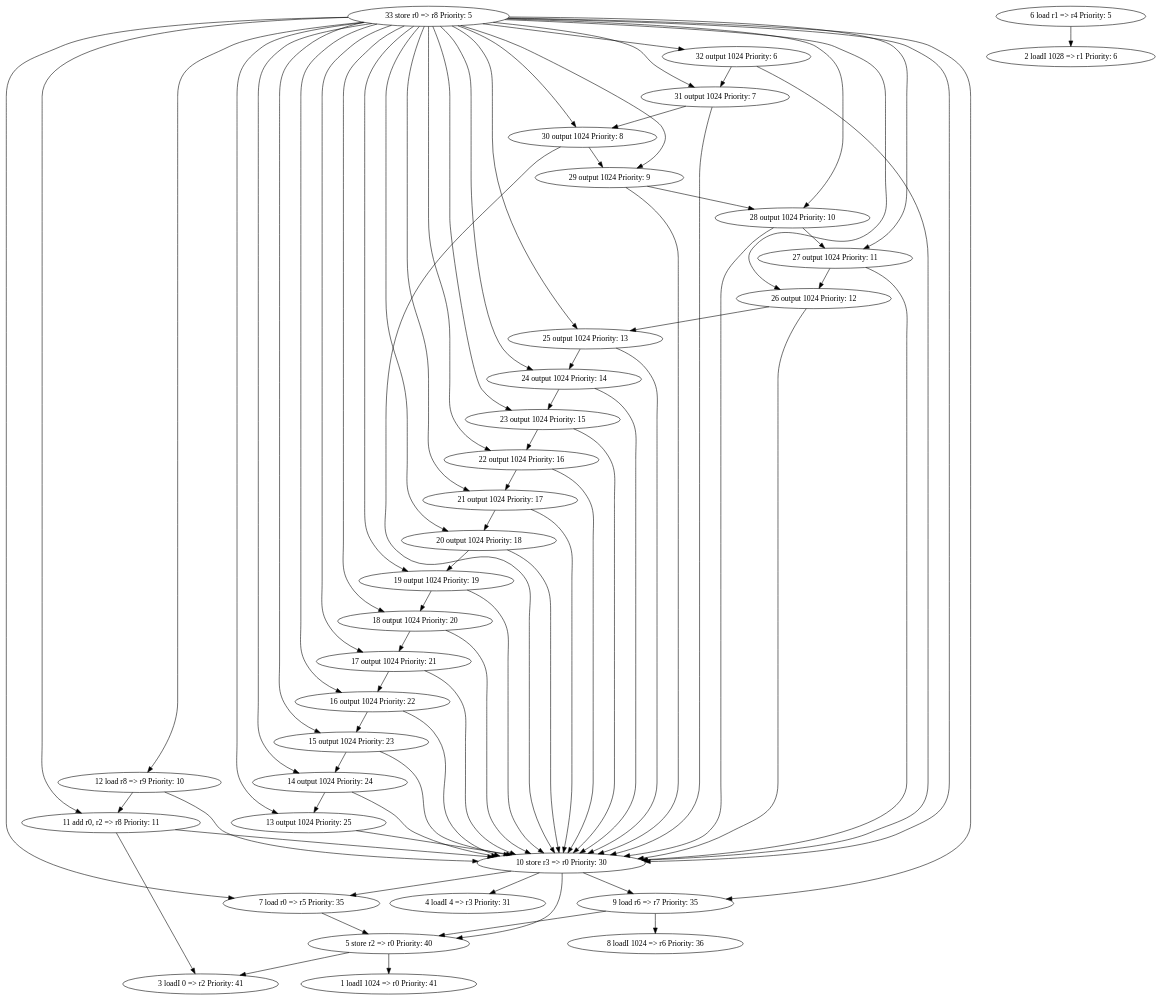
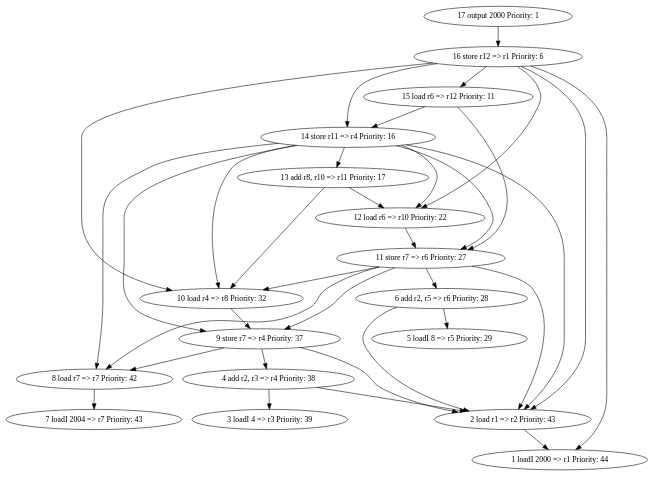
One commit to martinzc/instruction-scheduling changed the diagram in src/graph.dot. Above: the diagram before and after it, drawn with Graphviz. The commit also changed 3 other files, not shown here.

```diff
--- a/src/graph.dot
+++ b/src/graph.dot
@@ -1,113 +1,53 @@
 digraph g {
-    31 [label="31 output 1024 Priority: 7"];
-    32 [label="32 output 1024 Priority: 6"];
-    33 [label="33 store r0 => r8 Priority: 5"];
-    3 [label="3 loadI 0 => r2 Priority: 41"];
-    4 [label="4 loadI 4 => r3 Priority: 31"];
-    5 [label="5 store r2 => r0 Priority: 40"];
-    6 [label="6 load r1 => r4 Priority: 5"];
-    7 [label="7 load r0 => r5 Priority: 35"];
-    2 [label="2 loadI 1028 => r1 Priority: 6"];
-    9 [label="9 load r6 => r7 Priority: 35"];
-    10 [label="10 store r3 => r0 Priority: 30"];
-    1 [label="1 loadI 1024 => r0 Priority: 41"];
-    11 [label="11 add r0, r2 => r8 Priority: 11"];
-    12 [label="12 load r8 => r9 Priority: 10"];
-    13 [label="13 output 1024 Priority: 25"];
-    14 [label="14 output 1024 Priority: 24"];
-    15 [label="15 output 1024 Priority: 23"];
-    16 [label="16 output 1024 Priority: 22"];
-    17 [label="17 output 1024 Priority: 21"];
-    18 [label="18 output 1024 Priority: 20"];
-    19 [label="19 output 1024 Priority: 19"];
-    20 [label="20 output 1024 Priority: 18"];
-    21 [label="21 output 1024 Priority: 17"];
-    22 [label="22 output 1024 Priority: 16"];
-    8 [label="8 loadI 1024 => r6 Priority: 36"];
-    23 [label="23 output 1024 Priority: 15"];
-    24 [label="24 output 1024 Priority: 14"];
-    25 [label="25 output 1024 Priority: 13"];
-    26 [label="26 output 1024 Priority: 12"];
-    27 [label="27 output 1024 Priority: 11"];
-    28 [label="28 output 1024 Priority: 10"];
-    29 [label="29 output 1024 Priority: 9"];
-    30 [label="30 output 1024 Priority: 8"];
-    31->10;
-    31->30;
-    32->31;
-    32->10;
-    33->31;
-    33->32;
-    33->7;
-    33->9;
-    33->10;
-    33->11;
-    33->12;
-    33->13;
-    33->14;
-    33->15;
-    33->16;
-    33->17;
-    33->18;
-    33->19;
-    33->20;
-    33->21;
-    33->22;
-    33->23;
-    33->24;
-    33->25;
-    33->26;
-    33->27;
-    33->28;
-    33->29;
-    33->30;
-    5->3;
-    5->1;
+    7 [label="7 loadI 2004 => r7 Priority: 43"];
+    3 [label="3 loadI 4 => r3 Priority: 39"];
+    16 [label="16 store r12 => r1 Priority: 6"];
+    10 [label="10 load r4 => r8 Priority: 32"];
+    14 [label="14 store r11 => r4 Priority: 16"];
+    8 [label="8 load r7 => r7 Priority: 42"];
+    11 [label="11 store r7 => r6 Priority: 27"];
+    15 [label="15 load r6 => r12 Priority: 11"];
+    1 [label="1 loadI 2000 => r1 Priority: 44"];
+    2 [label="2 load r1 => r2 Priority: 43"];
+    4 [label="4 add r2, r3 => r4 Priority: 38"];
+    17 [label="17 output 2000 Priority: 1"];
+    12 [label="12 load r6 => r10 Priority: 22"];
+    13 [label="13 add r8, r10 => r11 Priority: 17"];
+    6 [label="6 add r2, r5 => r6 Priority: 28"];
+    5 [label="5 loadI 8 => r5 Priority: 29"];
+    9 [label="9 store r7 => r4 Priority: 37"];
+    16->15;
+    16->2;
+    16->14;
+    16->10;
+    16->12;
+    16->1;
+    10->9;
+    14->9;
+    14->2;
+    14->8;
+    14->11;
+    14->10;
+    14->13;
+    14->12;
+    8->7;
+    11->10;
+    11->6;
+    11->8;
+    11->9;
+    11->2;
+    15->14;
+    15->11;
+    2->1;
+    4->2;
+    4->3;
+    17->16;
+    12->11;
+    13->10;
+    13->12;
     6->2;
-    7->5;
-    9->5;
+    6->5;
+    9->2;
+    9->4;
     9->8;
-    10->5;
-    10->4;
-    10->9;
-    10->7;
-    11->3;
-    11->10;
-    12->11;
-    12->10;
-    13->10;
-    14->13;
-    14->10;
-    15->10;
-    15->14;
-    16->15;
-    16->10;
-    17->10;
-    17->16;
-    18->17;
-    18->10;
-    19->10;
-    19->18;
-    20->19;
-    20->10;
-    21->10;
-    21->20;
-    22->21;
-    22->10;
-    23->10;
-    23->22;
-    24->23;
-    24->10;
-    25->10;
-    25->24;
-    26->25;
-    26->10;
-    27->10;
-    27->26;
-    28->27;
-    28->10;
-    29->10;
-    29->28;
-    30->29;
-    30->10;
 }
```
